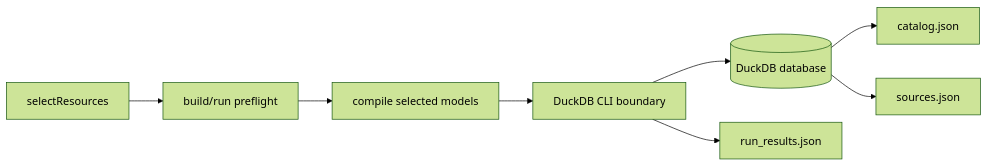
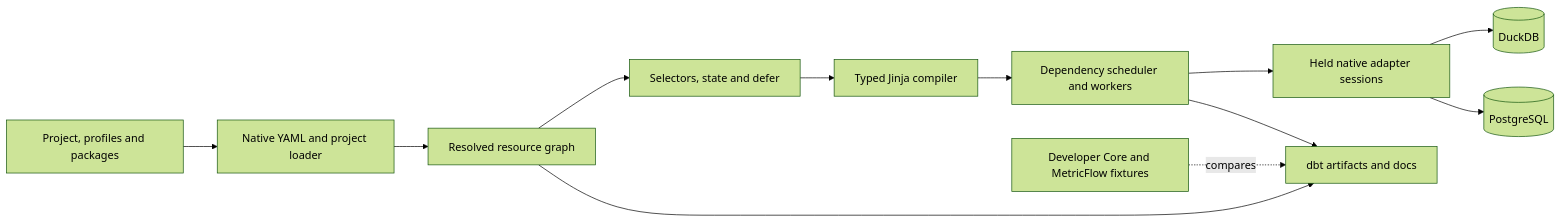
The first of 2 diagrams in docs/ARCHITECTURE.md (sabino/dxt), drawn with Mermaid (forest theme) before and after one commit. The commit also changed other lines of this file and 1218 other files, not shown here.

First line of the commit message:
Implement the SQL replacement roadmap for DuckDB and PostgreSQL (#221)

````diff
--- a/docs/ARCHITECTURE.md
+++ b/docs/ARCHITECTURE.md
@@ -90,10 +14,14 @@
 ```mermaid
 flowchart LR
-    Select[selectResources] --> Preflight[build/run preflight]
-    Preflight --> Compile[compile selected models]
-    Compile --> DuckDB[DuckDB CLI boundary]
-    DuckDB --> Relations[(DuckDB database)]
-    DuckDB --> RunResults[run_results.json]
-    Relations --> Catalog[catalog.json]
-    Relations --> Freshness[sources.json]
+    Files[Project, profiles and packages] --> Load[Native YAML and project loader]
+    Load --> Graph[Resolved resource graph]
+    Graph --> Select[Selectors, state and defer]
+    Select --> Compile[Typed Jinja compiler]
+    Compile --> Schedule[Dependency scheduler and workers]
+    Schedule --> Adapter[Held native adapter sessions]
+    Adapter --> DuckDB[(DuckDB)]
+    Adapter --> Postgres[(PostgreSQL)]
+    Graph --> Artifacts[dbt artifacts and docs]
+    Schedule --> Artifacts
+    Oracle[Developer Core and MetricFlow fixtures] -. compares .-> Artifacts
 ```
````
